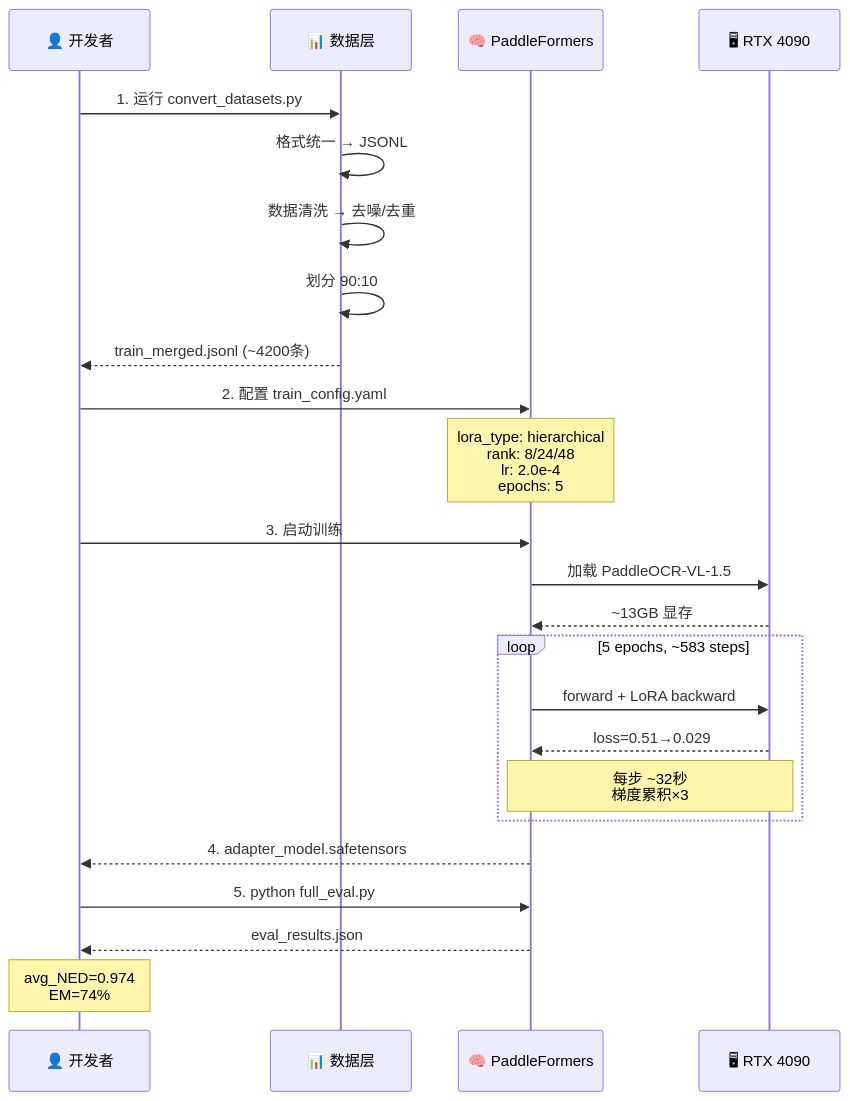
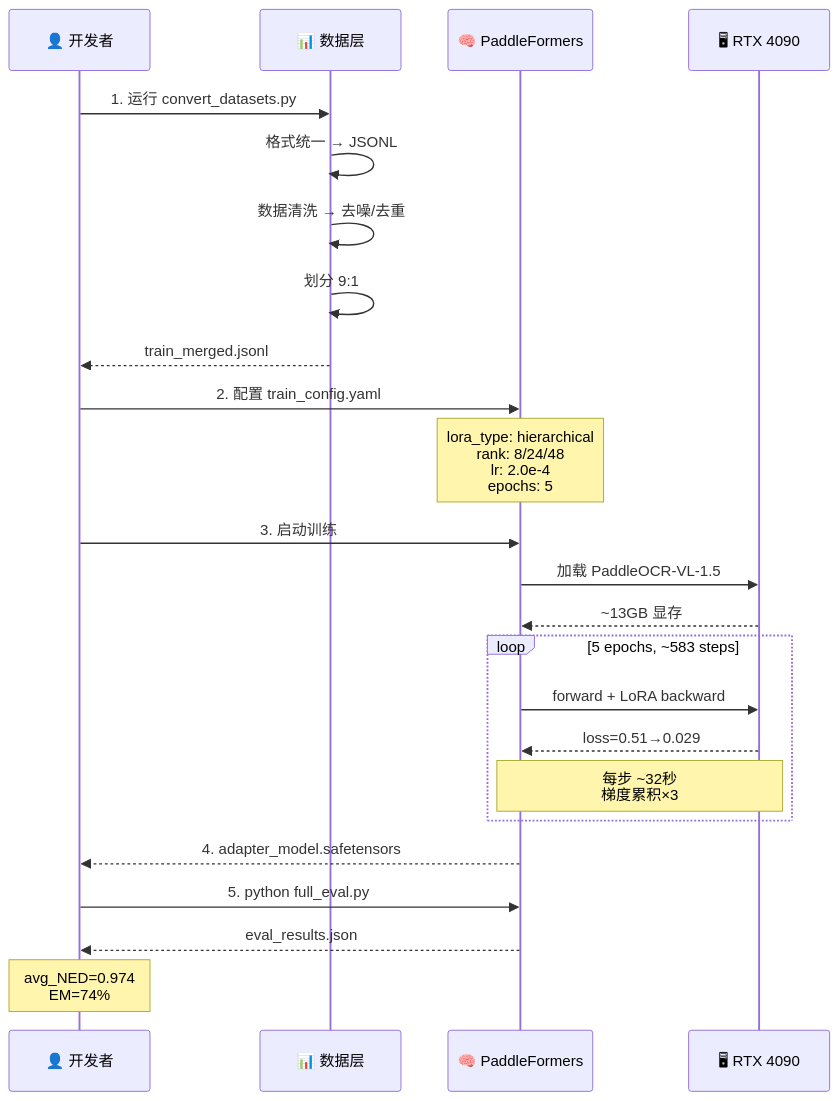
One commit to JackXfmax/PaddleOCR_VL_1.5_Fine_Tuning changed the fourth of 8 diagrams in README.md. Above: the diagram before and after it, drawn with Mermaid. The commit also changed other lines of this file, not shown here.

````diff
--- a/README.md
+++ b/README.md
@@ -631,31 +619,31 @@
 ```mermaid
 sequenceDiagram
     participant User as 👤 开发者
     participant Data as 📊 数据层
     participant Trainer as 🧠 PaddleFormers
     participant GPU as 🖥 RTX 4090
 
     User->>Data: 1. 运行 convert_datasets.py
     Data->>Data: 格式统一 → JSONL
     Data->>Data: 数据清洗 → 去噪/去重
-    Data->>Data: 划分 90:10
-    Data-->>User: train_merged.jsonl (~4200条)
+    Data->>Data: 划分 9:1
+    Data-->>User: train_merged.jsonl 
 
     User->>Trainer: 2. 配置 train_config.yaml
     Note over Trainer: lora_type: hierarchical<br/>rank: 8/24/48<br/>lr: 2.0e-4<br/>epochs: 5
 
     User->>Trainer: 3. 启动训练
     Trainer->>GPU: 加载 PaddleOCR-VL-1.5
     GPU-->>Trainer: ~13GB 显存
     
     loop 5 epochs, ~583 steps
         Trainer->>GPU: forward + LoRA backward
         GPU-->>Trainer: loss=0.51→0.029
         Note over Trainer,GPU: 每步 ~32秒<br/>梯度累积×3
     end
 
     Trainer-->>User: 4. adapter_model.safetensors
     User->>Trainer: 5. python full_eval.py
     Trainer-->>User: eval_results.json
     Note over User: avg_NED=0.974<br/>EM=74%
 ```
````
